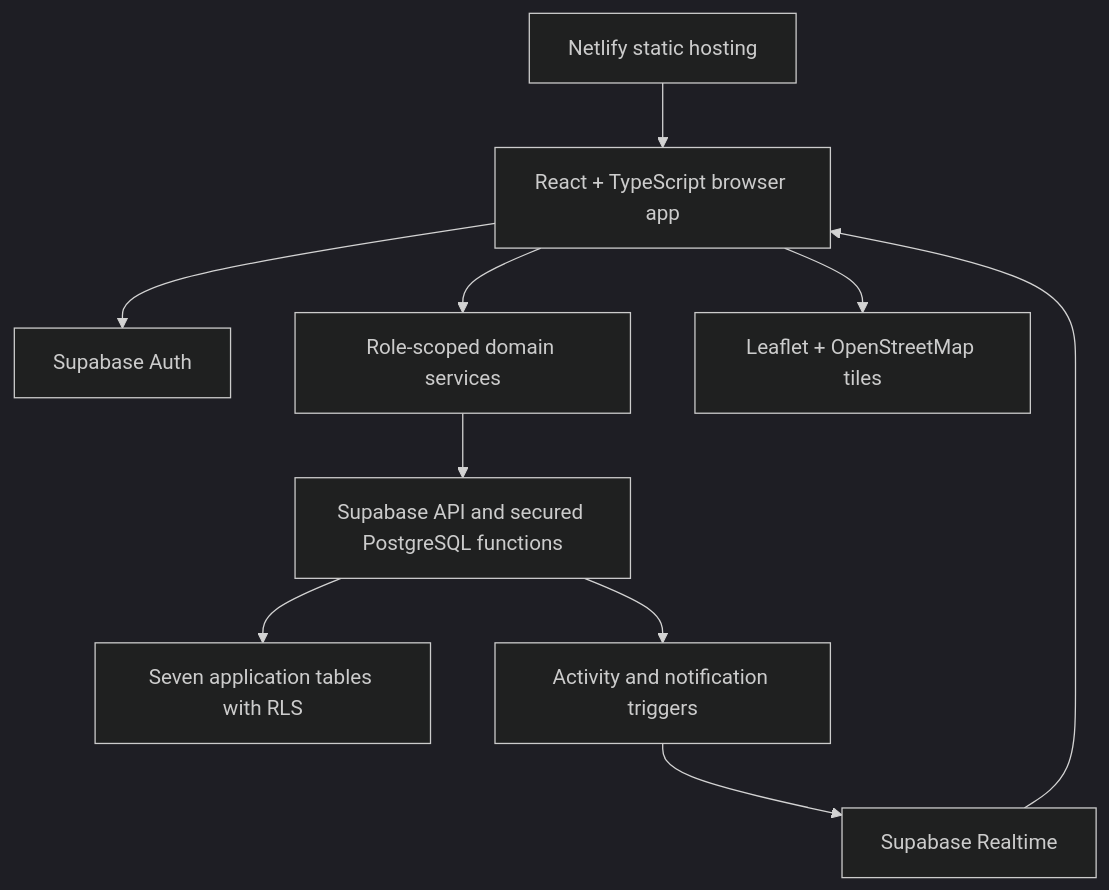
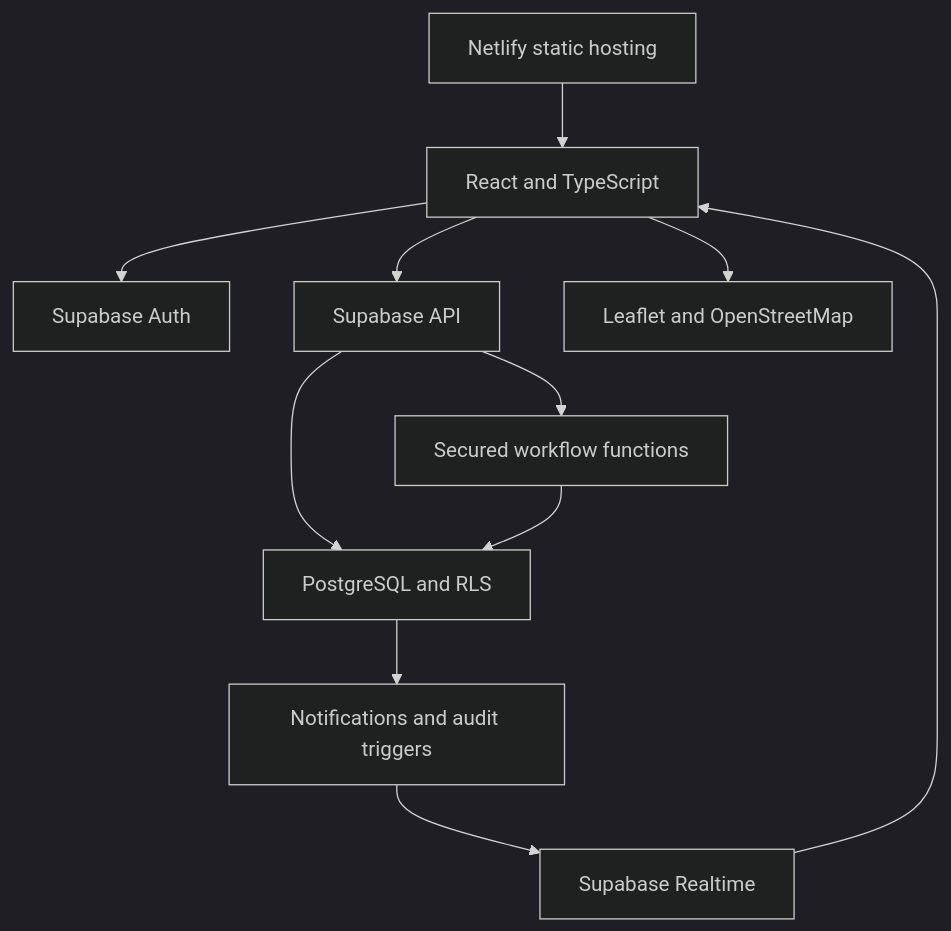
Before and after one commit to Zeeshan-py/RescueBite: the second of 3 diagrams in README.md, drawn with Mermaid (dark theme). The commit also changed other lines of this file and 66 other files, not shown here.

````diff
--- a/README.md
+++ b/README.md
@@ -67,12 +61,13 @@
 ```mermaid
 flowchart TB
-    UI[React + TypeScript browser app] --> Auth[Supabase Auth]
-    UI --> Services[Role-scoped domain services]
-    Services --> DB[Supabase API and secured PostgreSQL functions]
-    DB --> RLS[Seven application tables with RLS]
-    DB --> Events[Activity and notification triggers]
-    Events --> Realtime[Supabase Realtime]
-    Realtime --> UI
-    UI --> Maps[Leaflet + OpenStreetMap tiles]
-    Netlify[Netlify static hosting] --> UI
+  Browser[React and TypeScript] --> Auth[Supabase Auth]
+  Browser --> API[Supabase API]
+  API --> DB[PostgreSQL and RLS]
+  API --> RPC[Secured workflow functions]
+  RPC --> DB
+  DB --> Events[Notifications and audit triggers]
+  Events --> Realtime[Supabase Realtime]
+  Realtime --> Browser
+  Netlify[Netlify static hosting] --> Browser
+  Browser --> Maps[Leaflet and OpenStreetMap]
 ```
````
